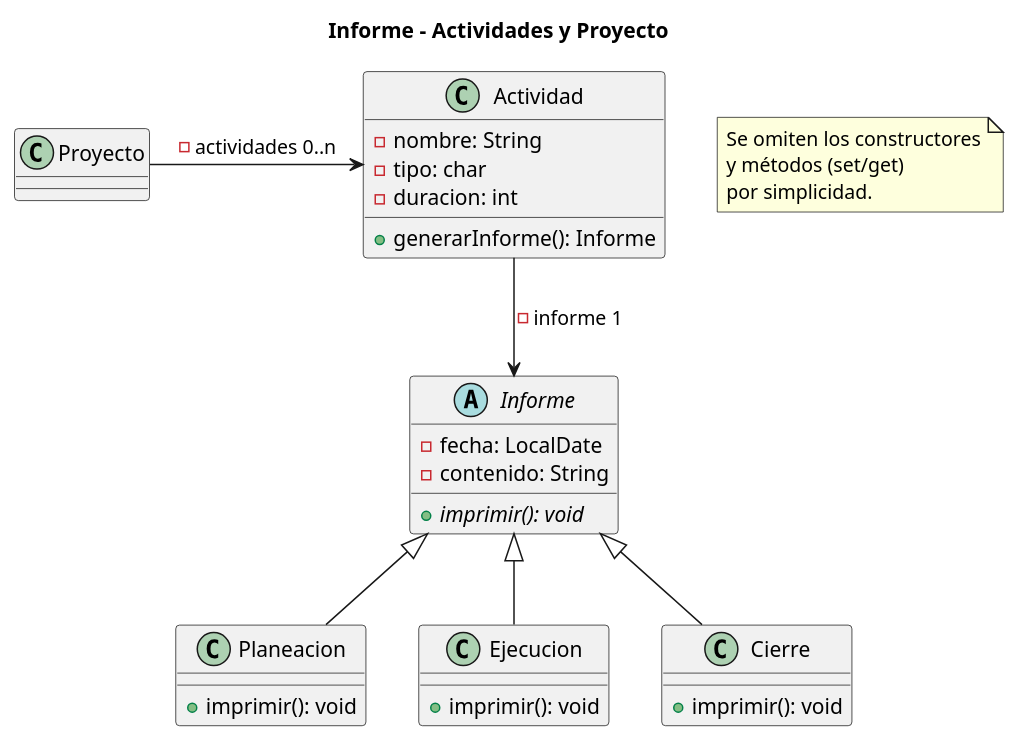
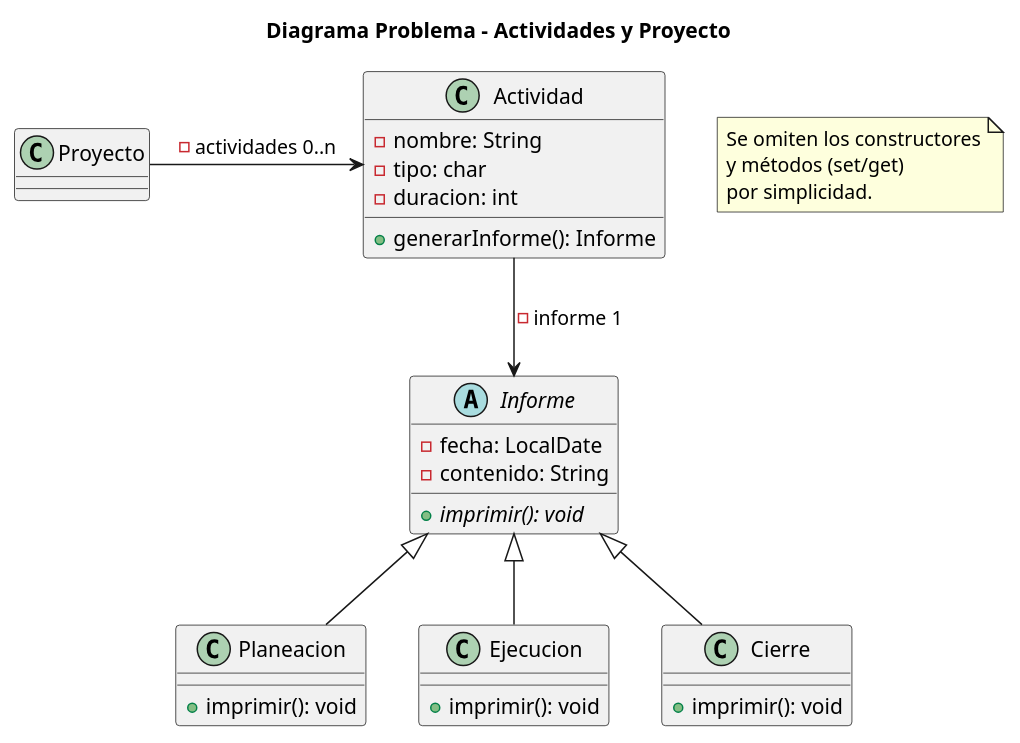
One commit to OverCV/PatronesSoftware changed the diagram in .partials/factory/method/problema.plantuml. Above: the diagram before and after it, drawn with PlantUML. The commit also changed 18 other files, not shown here.

```diff
--- a/.partials/factory/method/problema.plantuml
+++ b/.partials/factory/method/problema.plantuml
@@ -1,43 +1,44 @@
 @startuml
-title Informe - Actividades y Proyecto
+
+title Diagrama Problema - Actividades y Proyecto
 
 abstract class Informe {
     - fecha: LocalDate
     - contenido: String
     {abstract} + imprimir(): void
 }
 
 class Planeacion {
     + imprimir(): void
 }
 
 class Ejecucion {
     + imprimir(): void
 }
 
 class Cierre {
     + imprimir(): void
 }
 
 class Actividad {
     - nombre: String
     - tipo: char
     - duracion: int
     + generarInforme(): Informe
 }
 
 class Proyecto {
     ' * - actividades: List<Actividad>
 }
 
 Informe <|-- Planeacion
 Informe <|-- Ejecucion
 Informe <|-- Cierre
 
 Actividad --> Informe : "-informe 1"
 Proyecto -> Actividad : "- actividades 0..n" 
 
 note "Se omiten los constructores\ny métodos (set/get)\npor simplicidad." as N1
 ' note: 
 
 @enduml
```
